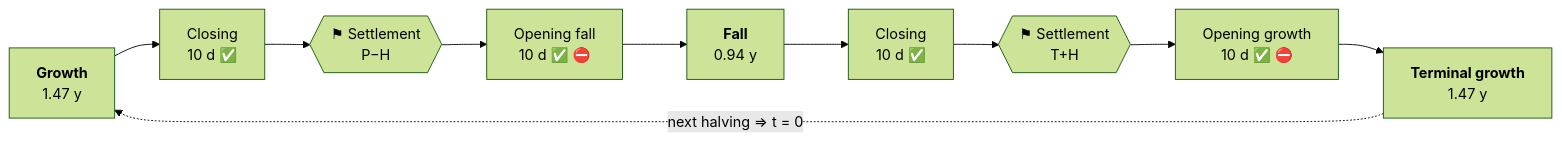
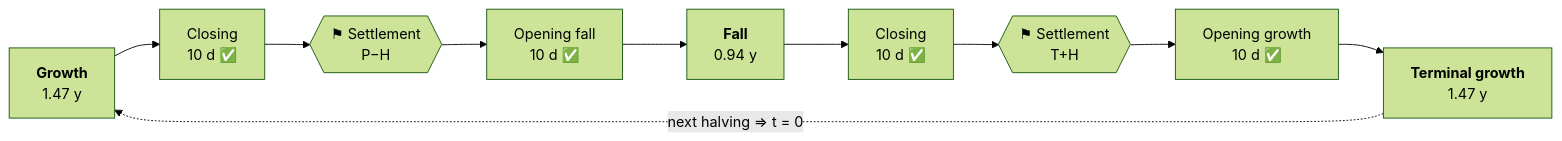
The second of 2 diagrams in README.md (gvakhrushev/b4_core), drawn with Mermaid (forest theme) before and after one commit. The commit also changed other lines of this file and 105 other files, not shown here.

````diff
--- a/README.md
+++ b/README.md
@@ -137,15 +137,15 @@
 ```mermaid
 flowchart LR
     G["<b>Growth</b><br/>1.47 y"]
     CG["Closing<br/>10 d ✅"]
     S1{{"⚑ Settlement<br/>P−H"}}
-    OF["Opening fall<br/>10 d ✅ ⛔"]
+    OF["Opening fall<br/>10 d ✅"]
     F["<b>Fall</b><br/>0.94 y"]
     CF["Closing<br/>10 d ✅"]
     S2{{"⚑ Settlement<br/>T+H"}}
-    OG["Opening growth<br/>10 d ✅ ⛔"]
+    OG["Opening growth<br/>10 d ✅"]
     TG["<b>Terminal growth</b><br/>1.47 y"]
 
     G --> CG --> S1 --> OF --> F --> CF --> S2 --> OG --> TG
     TG -. "next halving ⇒ t = 0" .-> G
 ```
````
